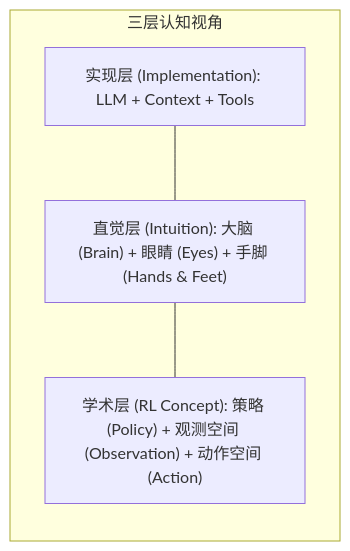
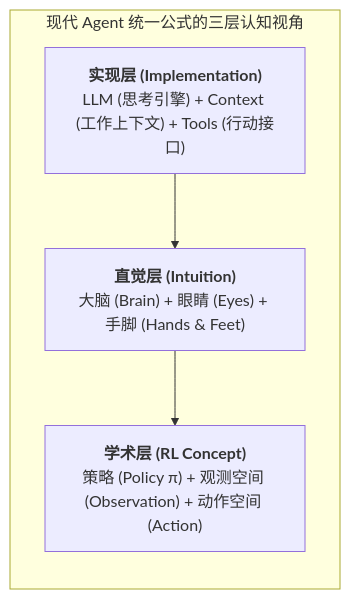
Before and after one commit to ljh12138164/ai-agent-study: the first of 4 diagrams in app/ch01-fundamentals/01-agent-formula/page.mdx, drawn with Mermaid. The commit also changed other lines of this file and 14 other files, not shown here.

````diff
--- a/app/ch01-fundamentals/01-agent-formula/page.mdx
+++ b/app/ch01-fundamentals/01-agent-formula/page.mdx
@@ -17,11 +17,11 @@
 ```mermaid
-graph TD
-    subgraph Conceptual["三层认知视角"]
+flowchart TD
+    subgraph Conceptual["现代 Agent 统一公式的三层认知视角"]
         direction TB
-        L1["实现层 (Implementation): LLM + Context + Tools"]
-        L2["直觉层 (Intuition): 大脑 (Brain) + 眼睛 (Eyes) + 手脚 (Hands & Feet)"]
-        L3["学术层 (RL Concept): 策略 (Policy) + 观测空间 (Observation) + 动作空间 (Action)"]
-        L1 --- L2
-        L2 --- L3
+        L1["<b>实现层 (Implementation)</b><br/>LLM (思考引擎) + Context (工作上下文) + Tools (行动接口)"]
+        L2["<b>直觉层 (Intuition)</b><br/>大脑 (Brain) + 眼睛 (Eyes) + 手脚 (Hands & Feet)"]
+        L3["<b>学术层 (RL Concept)</b><br/>策略 (Policy π) + 观测空间 (Observation) + 动作空间 (Action)"]
+        L1 --> L2
+        L2 --> L3
     end
 ```
````
